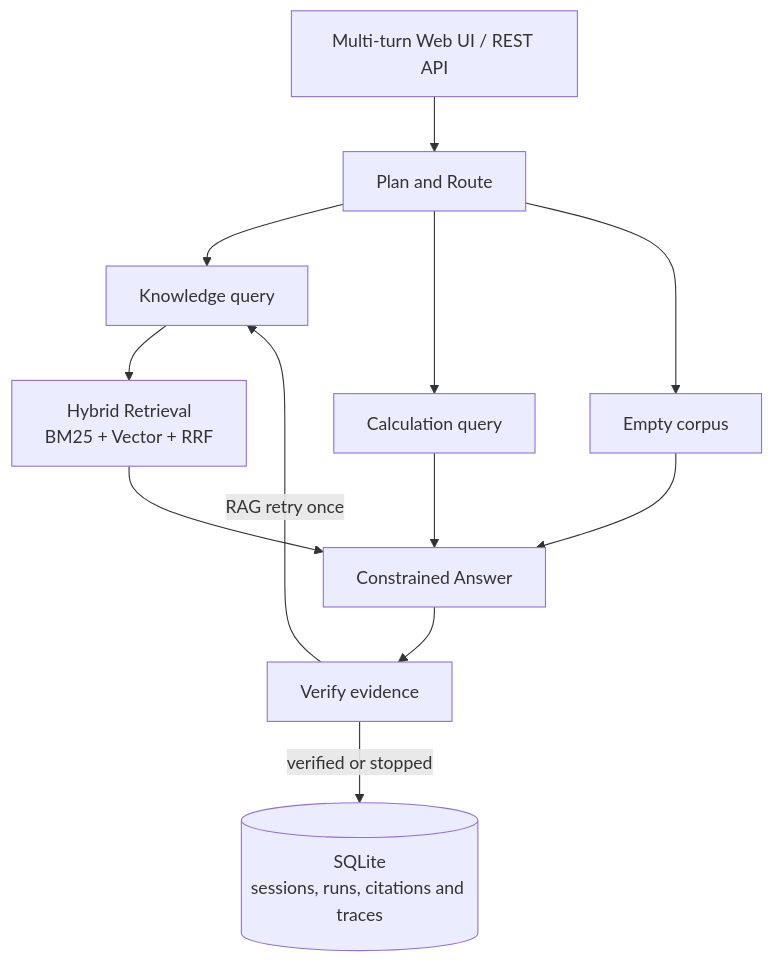
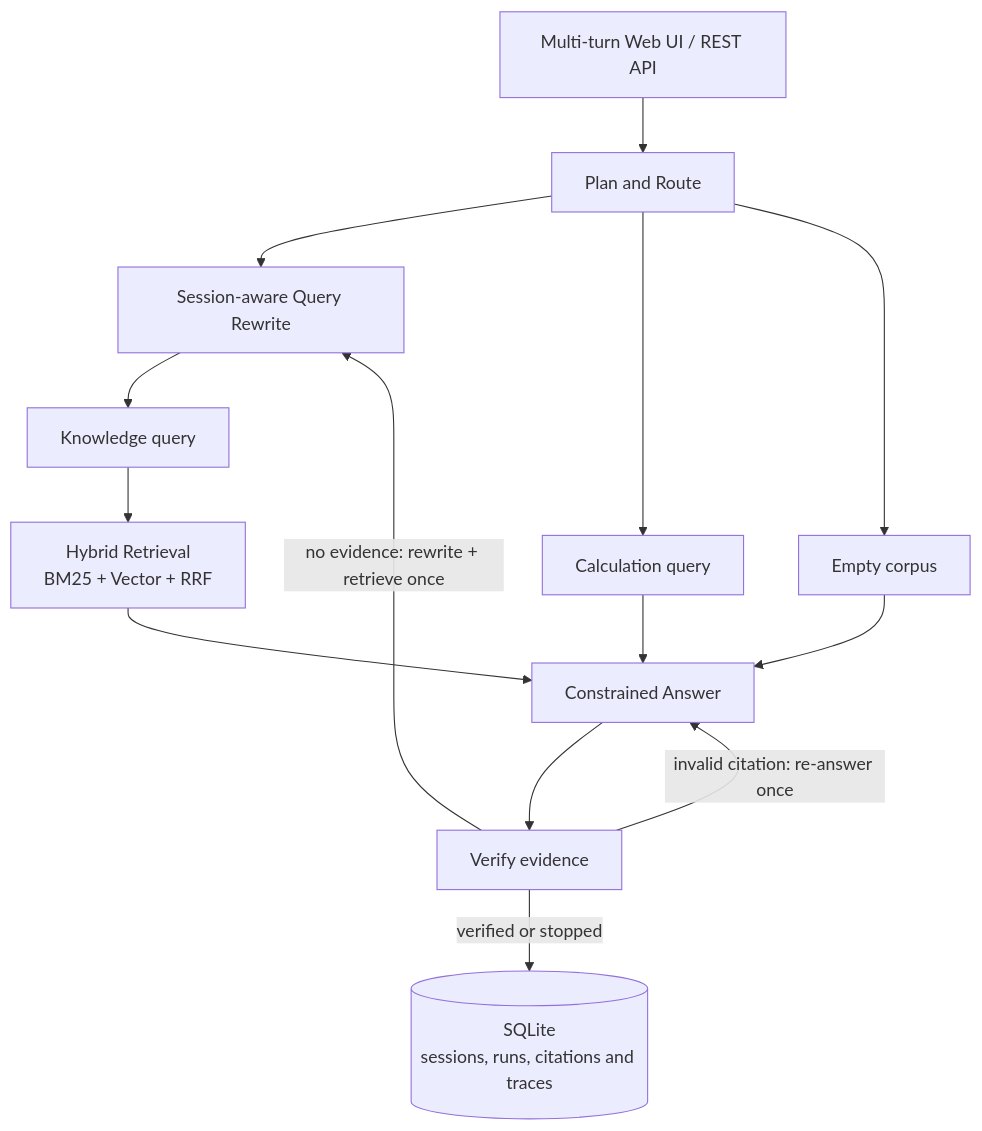
One commit to francis3253161180-maker/researchflow-agent changed the diagram in README.md. Above: the diagram before and after it, drawn with Mermaid. The commit also changed other lines of this file and 18 other files, not shown here.

Commit message:
feat: add query rewrite and structured verification

````diff
--- a/README.md
+++ b/README.md
@@ -26,14 +26,16 @@
 ```mermaid
 flowchart TD
     UI[Multi-turn Web UI / REST API] --> PLAN[Plan and Route]
-    PLAN --> RAG[Knowledge query]
+    PLAN --> REWRITE[Session-aware Query Rewrite]
+    REWRITE --> RAG[Knowledge query]
     PLAN --> TOOL[Calculation query]
     PLAN --> DIRECT[Empty corpus]
     RAG --> RETRIEVE[Hybrid Retrieval<br/>BM25 + Vector + RRF]
     RETRIEVE --> ANSWER[Constrained Answer]
     TOOL --> ANSWER
     DIRECT --> ANSWER
     ANSWER --> VERIFY[Verify evidence]
     VERIFY -->|verified or stopped| PERSIST[(SQLite<br/>sessions, runs, citations and traces)]
-    VERIFY -->|RAG retry once| RAG
+    VERIFY -->|no evidence: rewrite + retrieve once| REWRITE
+    VERIFY -->|invalid citation: re-answer once| ANSWER
 ```
````
